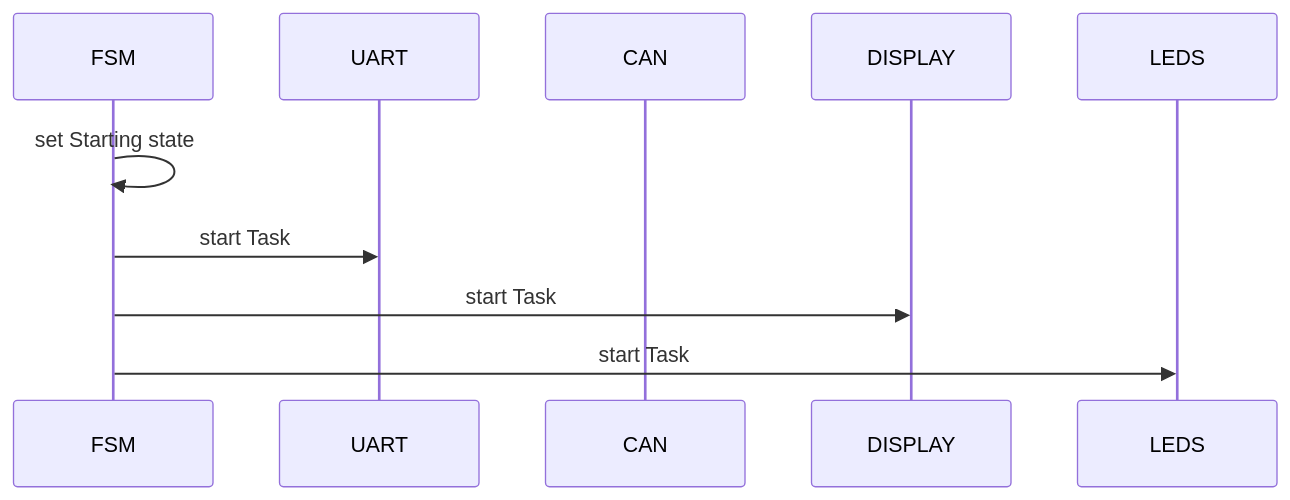
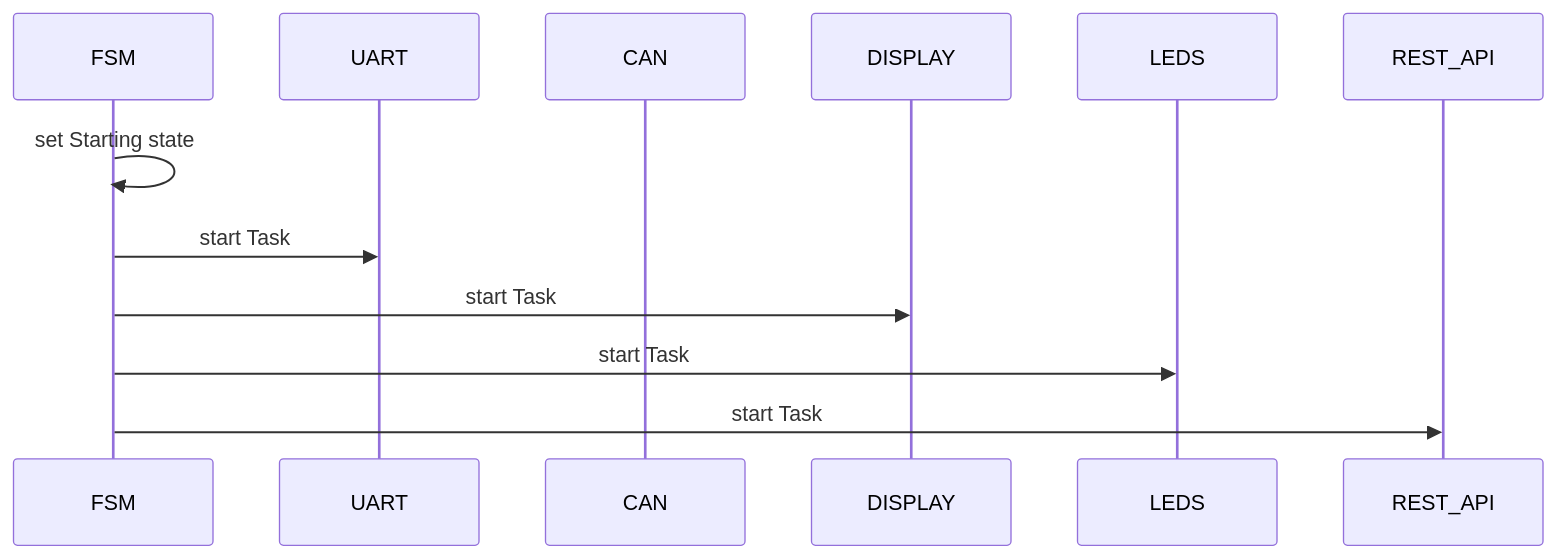
Before and after one commit to michaelgr22/can-to-go-system: the second of 4 diagrams in Software/esp32/can-to-go-system/README.md, drawn with Mermaid. The commit also changed other lines of this file, not shown here.

Commit message:
updated sequence diagrams

````diff
--- a/Software/esp32/can-to-go-system/README.md
+++ b/Software/esp32/can-to-go-system/README.md
@@ -17,13 +17,15 @@
 ```mermaid
 sequenceDiagram
     participant FSM
     participant UART
     participant CAN
     participant DISPLAY
     participant LEDS
+    participant REST_API
 
     FSM->>FSM: set Starting state
     FSM->>UART: start Task
     FSM->>DISPLAY: start Task
     FSM->>LEDS: start Task
+    FSM->>REST_API: start Task
 ```
````
